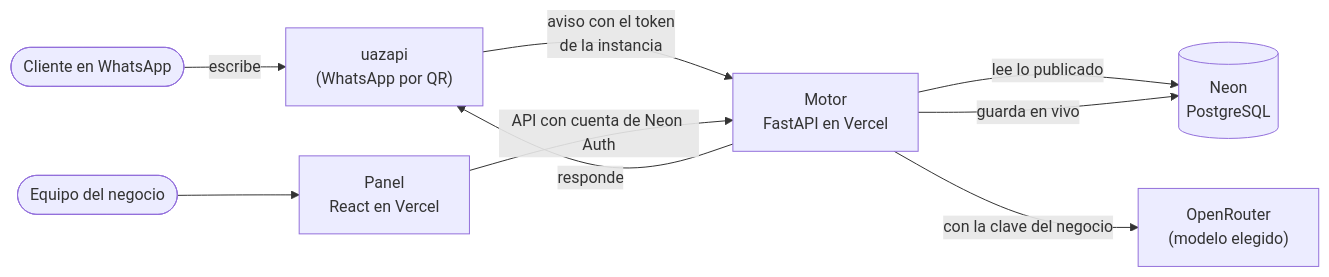
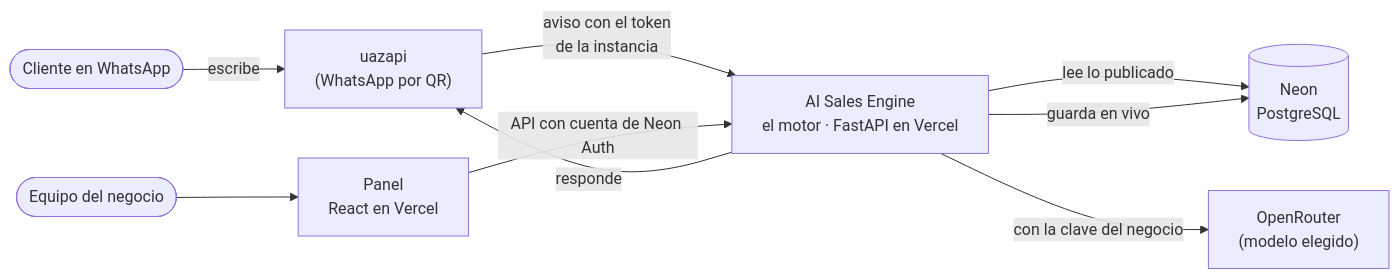
The diagram in README.md (JuanCrzP1/Ai-sales-engine), drawn with Mermaid before and after one commit. The commit also changed other lines of this file and 3 other files, not shown here.

Commit message:
El README y los documentos dicen que Merceam es la plataforma y que su motor de ventas conserva el nombre AI Sales Engine

````diff
--- a/README.md
+++ b/README.md
@@ -59,11 +64,11 @@
 ```mermaid
 flowchart LR
     cliente(["Cliente en WhatsApp"]) -->|escribe| uazapi["uazapi<br/>(WhatsApp por QR)"]
-    uazapi -->|aviso con el token<br/>de la instancia| motor["Motor<br/>FastAPI en Vercel"]
+    uazapi -->|aviso con el token<br/>de la instancia| motor["AI Sales Engine<br/>el motor · FastAPI en Vercel"]
     motor -->|lee lo publicado| neon[("Neon<br/>PostgreSQL")]
     motor -->|con la clave del negocio| ia["OpenRouter<br/>(modelo elegido)"]
     motor -->|responde| uazapi
     motor -->|guarda en vivo| neon
     panel["Panel<br/>React en Vercel"] -->|API con cuenta de Neon Auth| motor
     equipo(["Equipo del negocio"]) --> panel
 ```
````
